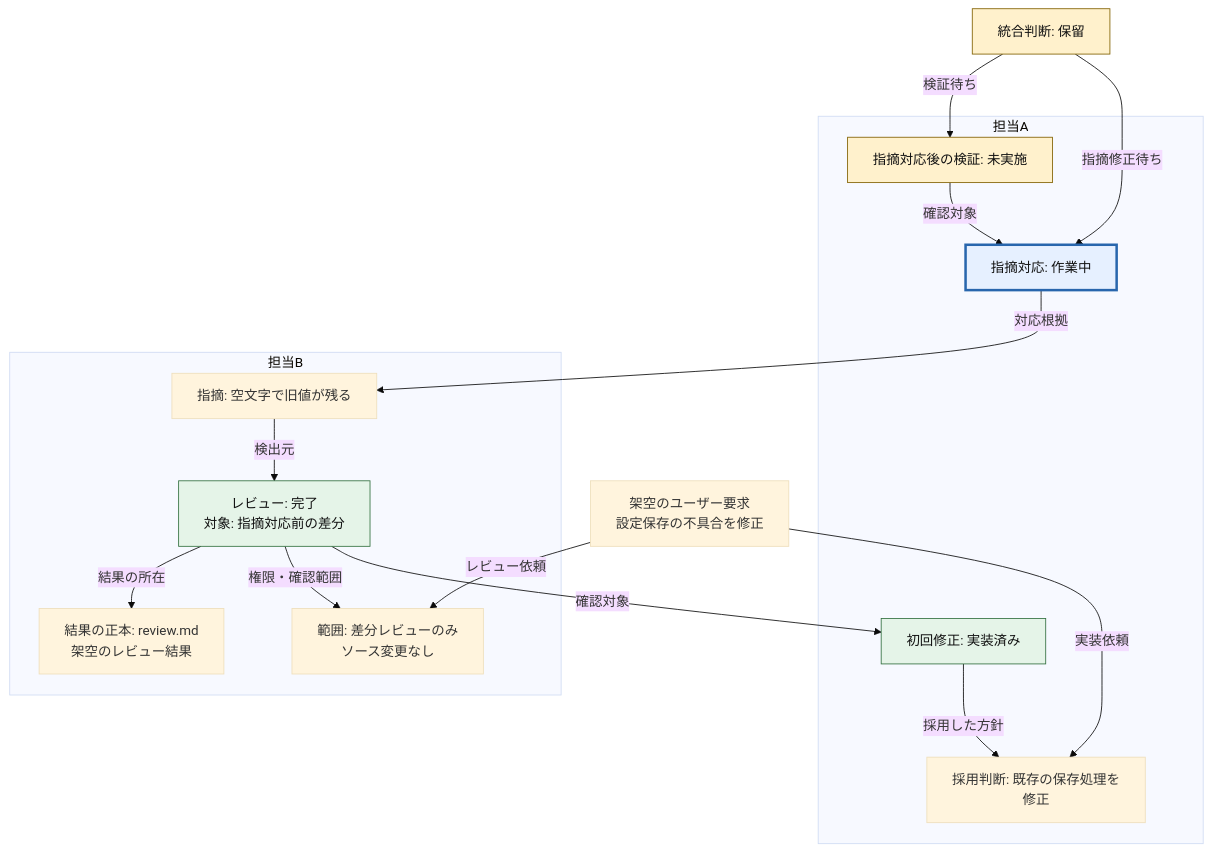
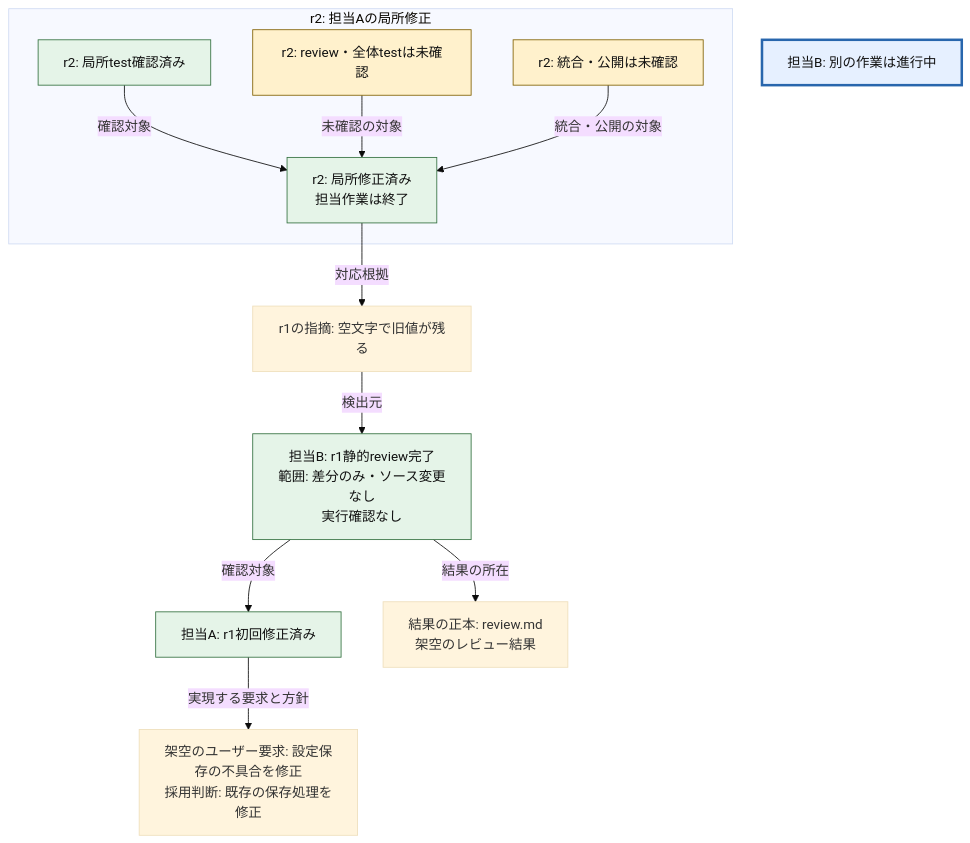
Before and after one commit to natumekazuki/.codex: the diagram in skills/session-graph/assets/settings-save.mmd, drawn with Mermaid (base theme). The commit also changed 4 other files, not shown here.

Commit message:
fix(session-graph): 情報の配置選択と復元可能な図の例を改善

```diff
--- a/skills/session-graph/assets/settings-save.mmd
+++ b/skills/session-graph/assets/settings-save.mmd
@@ -1,33 +1,28 @@
 flowchart TB
     %% 架空の説明例。Character・役割・結果・根拠pathは実作業の事実ではない。
-    R_request["架空のユーザー要求<br/>設定保存の不具合を修正"]
+    R_request["架空のユーザー要求: 設定保存の不具合を修正<br/>採用判断: 既存の保存処理を修正"]
 
-    subgraph ACTOR_A["担当A"]
-        D_fix["採用判断: 既存の保存処理を修正"]
-        I_patch["初回修正: 実装済み"]:::done
-        I_follow["指摘対応: 作業中"]:::active
-        Q_retest["指摘対応後の検証: 未実施"]:::pending
+    I_patch["担当A: r1初回修正済み"]:::done
+    V_review["担当B: r1静的review完了<br/>範囲: 差分のみ・ソース変更なし<br/>実行確認なし"]:::done
+    F_empty["r1の指摘: 空文字で旧値が残る"]
+    E_report["結果の正本: review.md<br/>架空のレビュー結果"]
+
+    subgraph REVISION_2["r2: 担当Aの局所修正"]
+        I_follow["r2: 局所修正済み<br/>担当作業は終了"]:::done
+        V_local["r2: 局所test確認済み"]:::done
+        Q_r2["r2: review・全体testは未確認"]:::pending
+        Q_accept["r2: 統合・公開は未確認"]:::pending
     end
 
-    subgraph ACTOR_B["担当B"]
-        R_scope["範囲: 差分レビューのみ<br/>ソース変更なし"]
-        V_review["レビュー: 完了<br/>対象: 指摘対応前の差分"]:::done
-        F_empty["指摘: 空文字で旧値が残る"]
-        E_report["結果の正本: review.md<br/>架空のレビュー結果"]
-    end
-
-    Q_accept["統合判断: 保留"]:::pending
-    R_request -->|実装依頼| D_fix
-    R_request -->|レビュー依頼| R_scope
-    I_patch -->|採用した方針| D_fix
+    I_other["担当B: 別の作業は進行中"]:::active
+    I_patch -->|実現する要求と方針| R_request
     V_review -->|確認対象| I_patch
-    V_review -->|権限・確認範囲| R_scope
     V_review -->|結果の所在| E_report
     F_empty -->|検出元| V_review
     I_follow -->|対応根拠| F_empty
-    Q_retest -->|確認対象| I_follow
-    Q_accept -->|指摘修正待ち| I_follow
-    Q_accept -->|検証待ち| Q_retest
+    V_local -->|確認対象| I_follow
+    Q_r2 -->|未確認の対象| I_follow
+    Q_accept -->|統合・公開の対象| I_follow
     classDef active fill:#e6f0ff,stroke:#2866ad,color:#111,stroke-width:3px
     classDef pending fill:#fff1cc,stroke:#806000,color:#111
     classDef done fill:#e5f4e8,stroke:#32703f,color:#111
```
